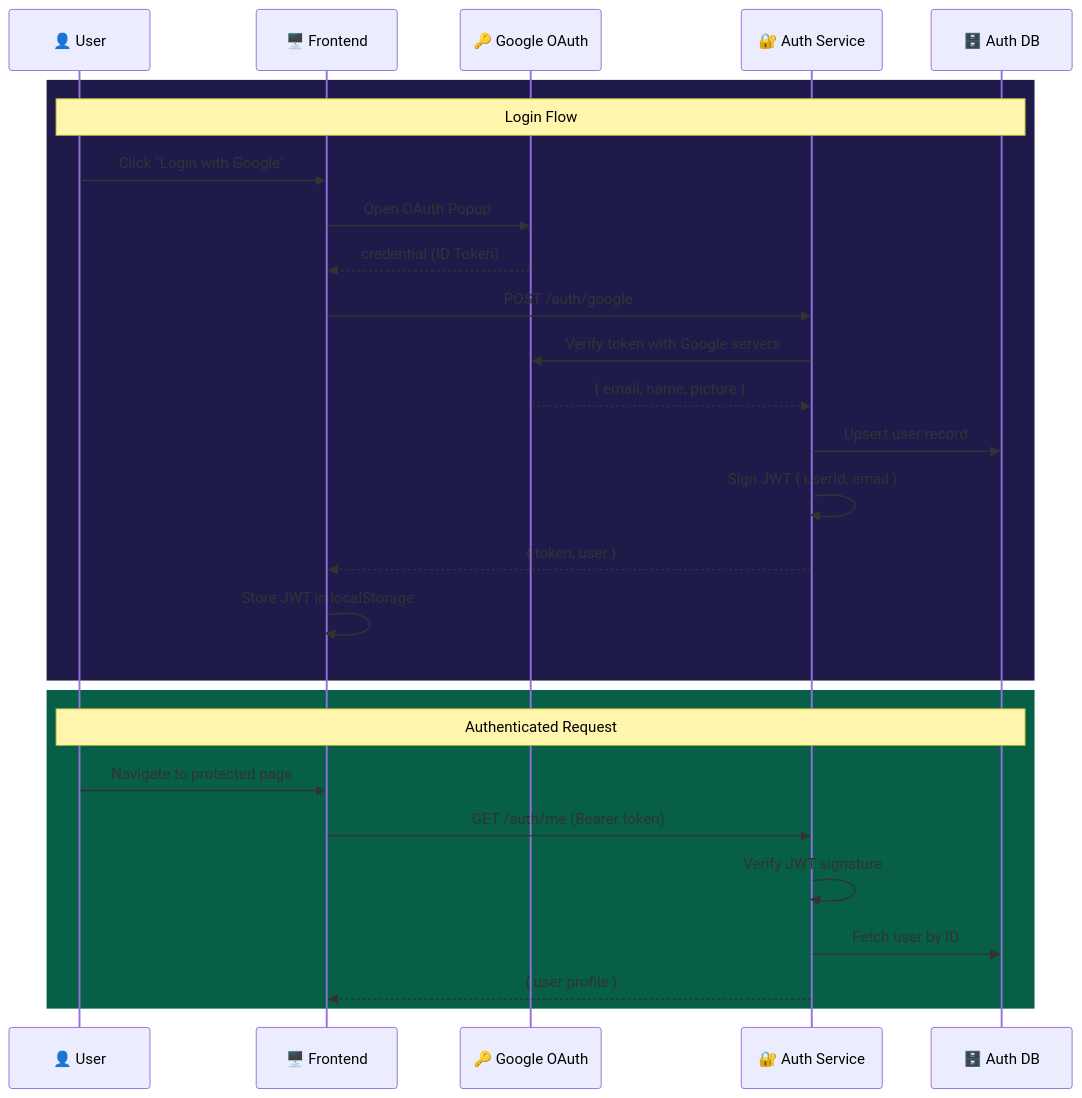
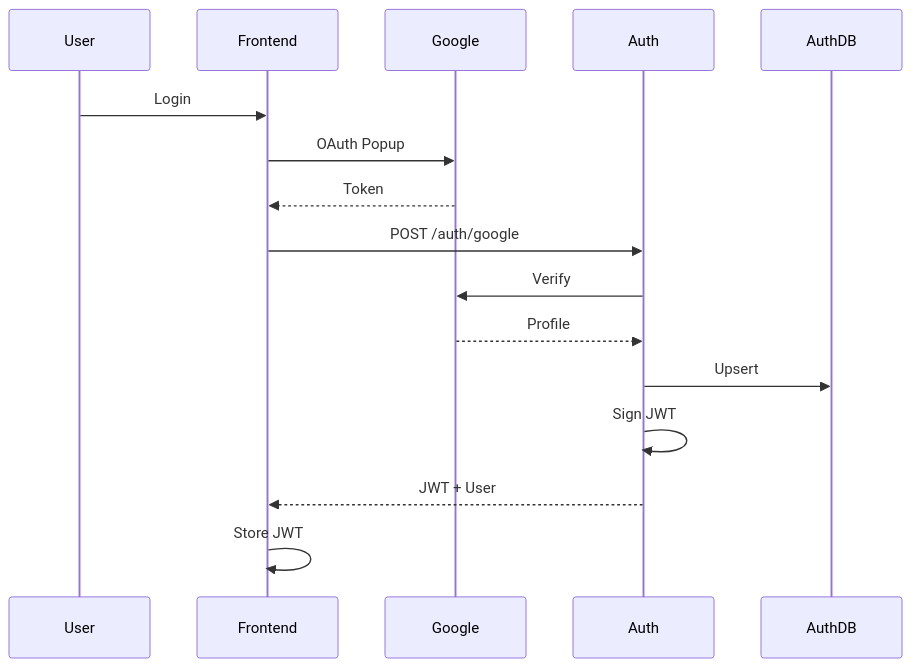
Before and after one commit to Luff-Org/Luff-Boilerplate: the third of 8 diagrams in NOTES.md, drawn with Mermaid. The commit also changed other lines of this file and 4 other files, not shown here.

Commit message:
fix(docs): rewrite all mermaid diagrams with ultra-short labels for GitHub rendering

````diff
--- a/NOTES.md
+++ b/NOTES.md
@@ -103,31 +80,19 @@
 ```mermaid
 sequenceDiagram
-  participant U as 👤 User
-  participant F as 🖥️ Frontend
-  participant G as 🔑 Google OAuth
-  participant A as 🔐 Auth Service
-  participant DB as 🗄️ Auth DB
+  participant U as User
+  participant F as Frontend
+  participant G as Google
+  participant A as Auth
+  participant DB as AuthDB
 
-  rect rgb(30, 27, 75)
-    Note over U,DB: Login Flow
-    U->>F: Click "Login with Google"
-    F->>G: Open OAuth Popup
-    G-->>F: credential (ID Token)
-    F->>A: POST /auth/google
-    A->>G: Verify token with Google servers
-    G-->>A: { email, name, picture }
-    A->>DB: Upsert user record
-    A->>A: Sign JWT { userId, email }
-    A-->>F: { token, user }
-    F->>F: Store JWT in localStorage
-  end
-
-  rect rgb(6, 95, 70)
-    Note over U,DB: Authenticated Request
-    U->>F: Navigate to protected page
-    F->>A: GET /auth/me (Bearer token)
-    A->>A: Verify JWT signature
-    A->>DB: Fetch user by ID
-    A-->>F: { user profile }
-  end
+  U->>F: Login
+  F->>G: OAuth Popup
+  G-->>F: Token
+  F->>A: POST /auth/google
+  A->>G: Verify
+  G-->>A: Profile
+  A->>DB: Upsert
+  A->>A: Sign JWT
+  A-->>F: JWT + User
+  F->>F: Store JWT
 ```
````
